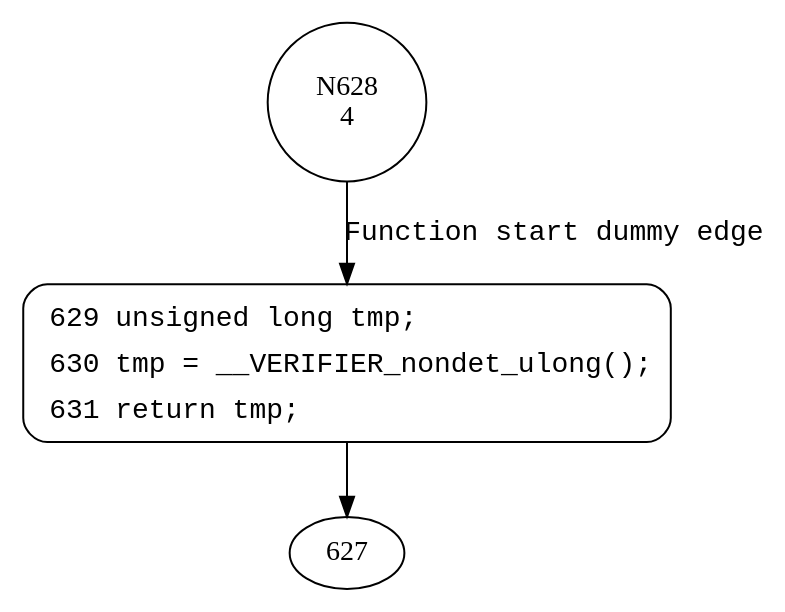
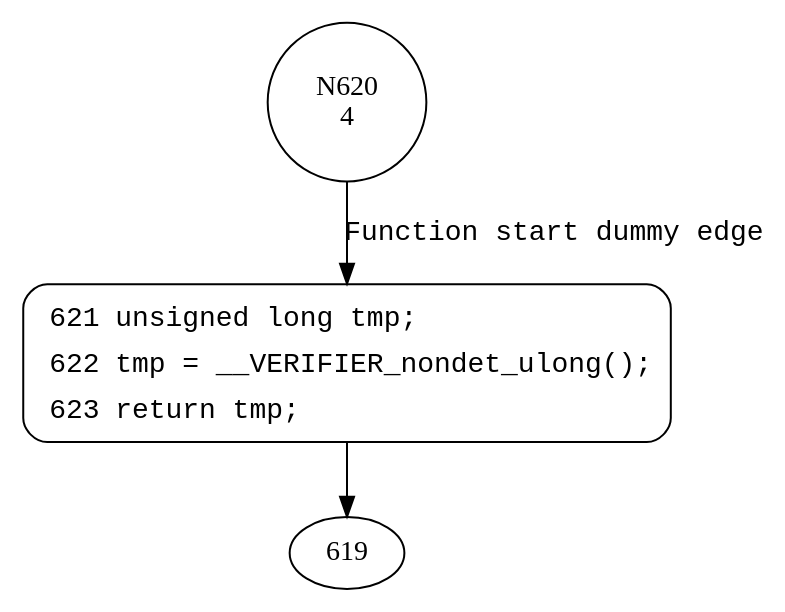
One commit to rifatbit0401/svcomp changed the diagram in Juliet_Test_Copy_1/output/cfa/cfa__ldv_undef_ulong.dot. Above: the diagram before and after it, drawn with Graphviz. The commit also changed 73 other files, not shown here.

```diff
--- a/Juliet_Test_Copy_1/output/cfa/cfa__ldv_undef_ulong.dot
+++ b/Juliet_Test_Copy_1/output/cfa/cfa__ldv_undef_ulong.dot
@@ -1,7 +1,7 @@
 digraph ldv_undef_ulong {
-628 [shape="circle" label="N628\n4"]
-629 [shape="circle" label="N629\n3"]
-629 [style="filled,bold" penwidth="1" fillcolor="white" fontname="Courier New" shape="Mrecord" label=<<table border="0" cellborder="0" cellpadding="3" bgcolor="white"><tr><td align="right">629</td><td align="left">unsigned long tmp;</td></tr><tr><td align="right">630</td><td align="left">tmp = __VERIFIER_nondet_ulong();</td></tr><tr><td align="right">631</td><td align="left">return tmp;</td></tr></table>>]
-629 -> 627[label=""]
-628 -> 629 [label="Function start dummy edge" fontname="Courier New"]
+620 [shape="circle" label="N620\n4"]
+621 [shape="circle" label="N621\n3"]
+621 [style="filled,bold" penwidth="1" fillcolor="white" fontname="Courier New" shape="Mrecord" label=<<table border="0" cellborder="0" cellpadding="3" bgcolor="white"><tr><td align="right">621</td><td align="left">unsigned long tmp;</td></tr><tr><td align="right">622</td><td align="left">tmp = __VERIFIER_nondet_ulong();</td></tr><tr><td align="right">623</td><td align="left">return tmp;</td></tr></table>>]
+621 -> 619[label=""]
+620 -> 621 [label="Function start dummy edge" fontname="Courier New"]
 }
```
